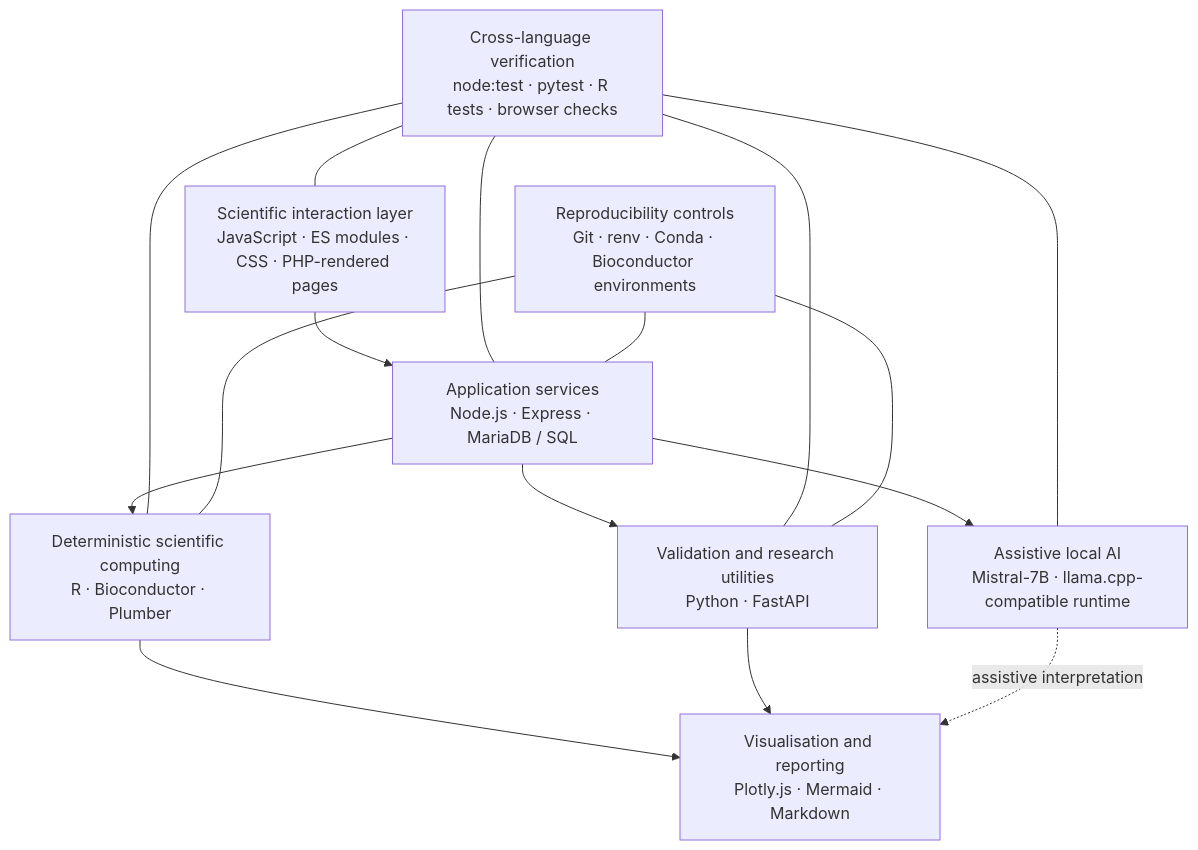
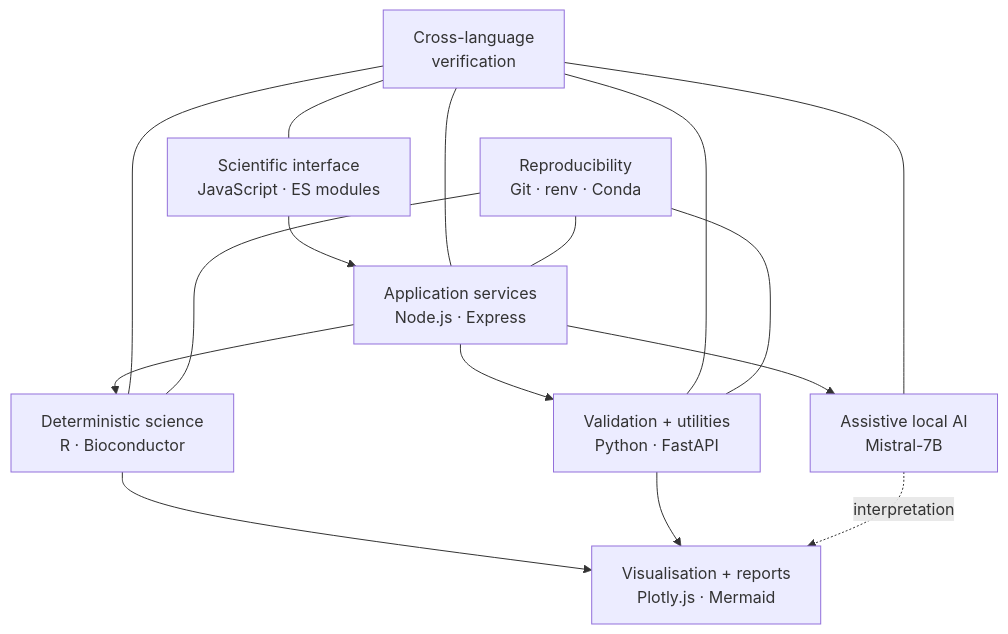
Before and after one commit to wilderruiz/zomniverse-project: the first of 2 diagrams in docs/TECHNOLOGY.md, drawn with Mermaid. The commit also changed other lines of this file, not shown here.

Commit message:
docs: compact technology Mermaid labels

````diff
--- a/docs/TECHNOLOGY.md
+++ b/docs/TECHNOLOGY.md
@@ -9,29 +9,29 @@
 ```mermaid
-flowchart TB
-    UI[Scientific interaction layer\nJavaScript · ES modules · CSS · PHP-rendered pages]
-    APP[Application services\nNode.js · Express · MariaDB / SQL]
-    SCI[Deterministic scientific computing\nR · Bioconductor · Plumber]
-    PY[Validation and research utilities\nPython · FastAPI]
-    AI[Assistive local AI\nMistral-7B · llama.cpp-compatible runtime]
-    VIS[Visualisation and reporting\nPlotly.js · Mermaid · Markdown]
-    TEST[Cross-language verification\nnode:test · pytest · R tests · browser checks]
-    REPRO[Reproducibility controls\nGit · renv · Conda · Bioconductor environments]
+flowchart TD
+    UI["Scientific interface<br/>JavaScript · ES modules"]
+    APP["Application services<br/>Node.js · Express"]
+    SCI["Deterministic science<br/>R · Bioconductor"]
+    PY["Validation + utilities<br/>Python · FastAPI"]
+    AI["Assistive local AI<br/>Mistral-7B"]
+    VIS["Visualisation + reports<br/>Plotly.js · Mermaid"]
+    TEST["Cross-language<br/>verification"]
+    REPRO["Reproducibility<br/>Git · renv · Conda"]
 
     UI --> APP
     APP --> SCI
     APP --> PY
     APP --> AI
     SCI --> VIS
     PY --> VIS
-    AI -. assistive interpretation .-> VIS
+    AI -. interpretation .-> VIS
 
     TEST --- UI
     TEST --- APP
     TEST --- SCI
     TEST --- PY
     TEST --- AI
 
     REPRO --- SCI
     REPRO --- PY
     REPRO --- APP
 ```
````
